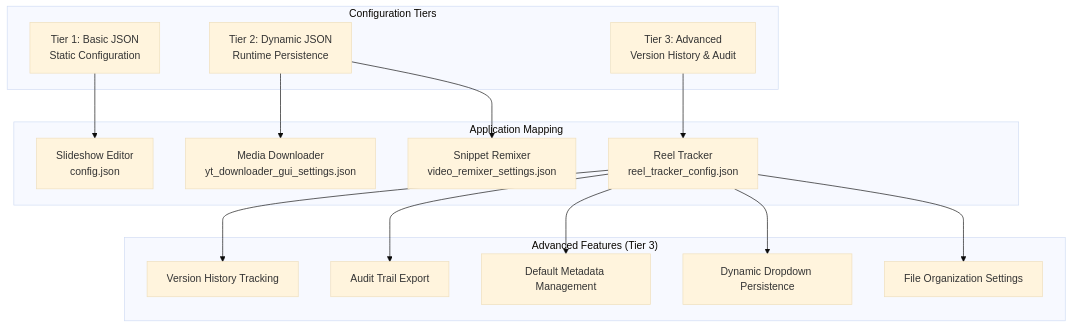
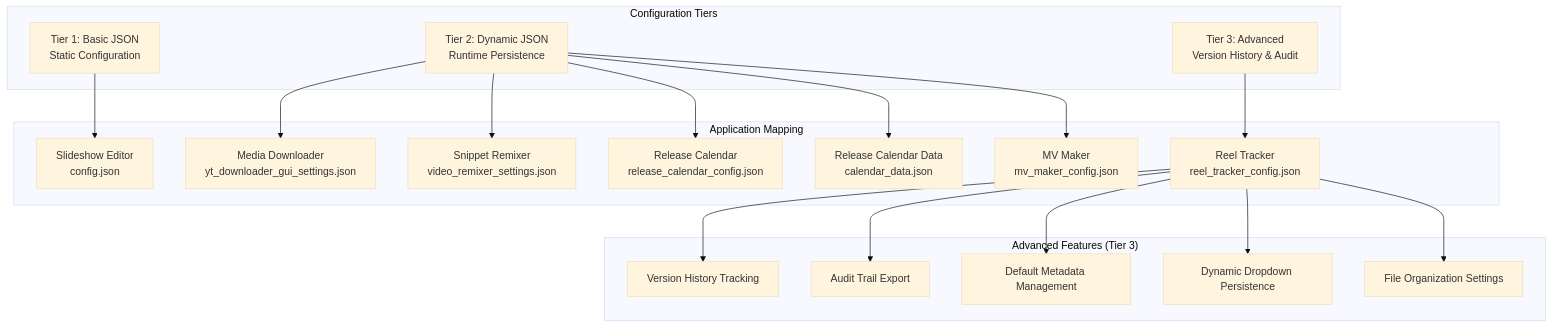
Before and after one commit to blakedemarest/BEDROT-Media-Suite: diagram 13 of 23 in docs/architecture/bedrot-media-suite-summary.md, drawn with Mermaid (base theme). The commit also changed other lines of this file and 3 other files, not shown here.

````diff
--- a/docs/architecture/bedrot-media-suite-summary.md
+++ b/docs/architecture/bedrot-media-suite-summary.md
@@ -949,23 +1129,26 @@
 ```mermaid
 graph TD
     subgraph "Configuration Tiers"
         T1[Tier 1: Basic JSON<br/>Static Configuration]
         T2[Tier 2: Dynamic JSON<br/>Runtime Persistence]
         T3[Tier 3: Advanced<br/>Version History & Audit]
     end
     
     subgraph "Application Mapping"
         T1 --> APP1[Slideshow Editor<br/>config.json]
         T2 --> APP2[Media Downloader<br/>yt_downloader_gui_settings.json]
         T2 --> APP3[Snippet Remixer<br/>video_remixer_settings.json]
         T3 --> APP4[Reel Tracker<br/>reel_tracker_config.json]
+        T2 --> APP5[Release Calendar<br/>release_calendar_config.json]
+        T2 --> APP6[Release Calendar Data<br/>calendar_data.json]
+        T2 --> APP7[MV Maker<br/>mv_maker_config.json]
     end
     
     subgraph "Advanced Features (Tier 3)"
         APP4 --> HIST[Version History Tracking]
         APP4 --> AUDIT[Audit Trail Export]
         APP4 --> META[Default Metadata Management]
         APP4 --> DROPS[Dynamic Dropdown Persistence]
         APP4 --> ORG[File Organization Settings]
     end
 ```
````
